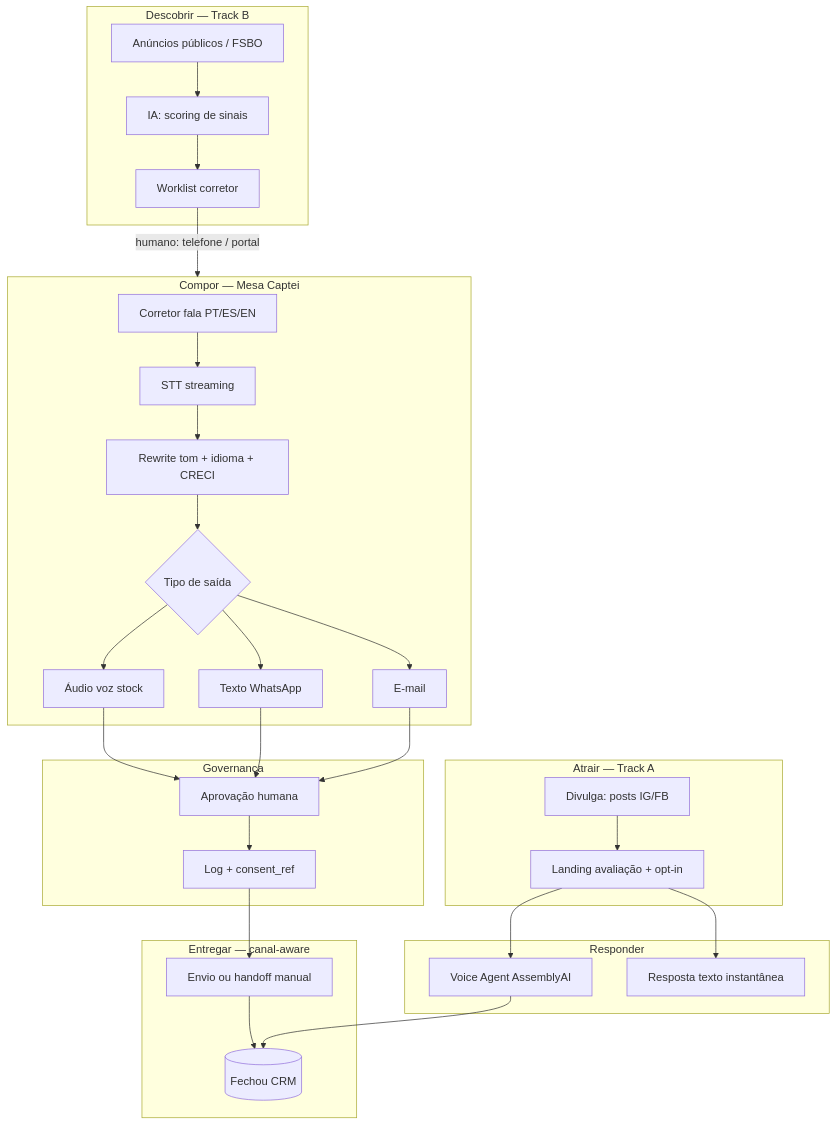
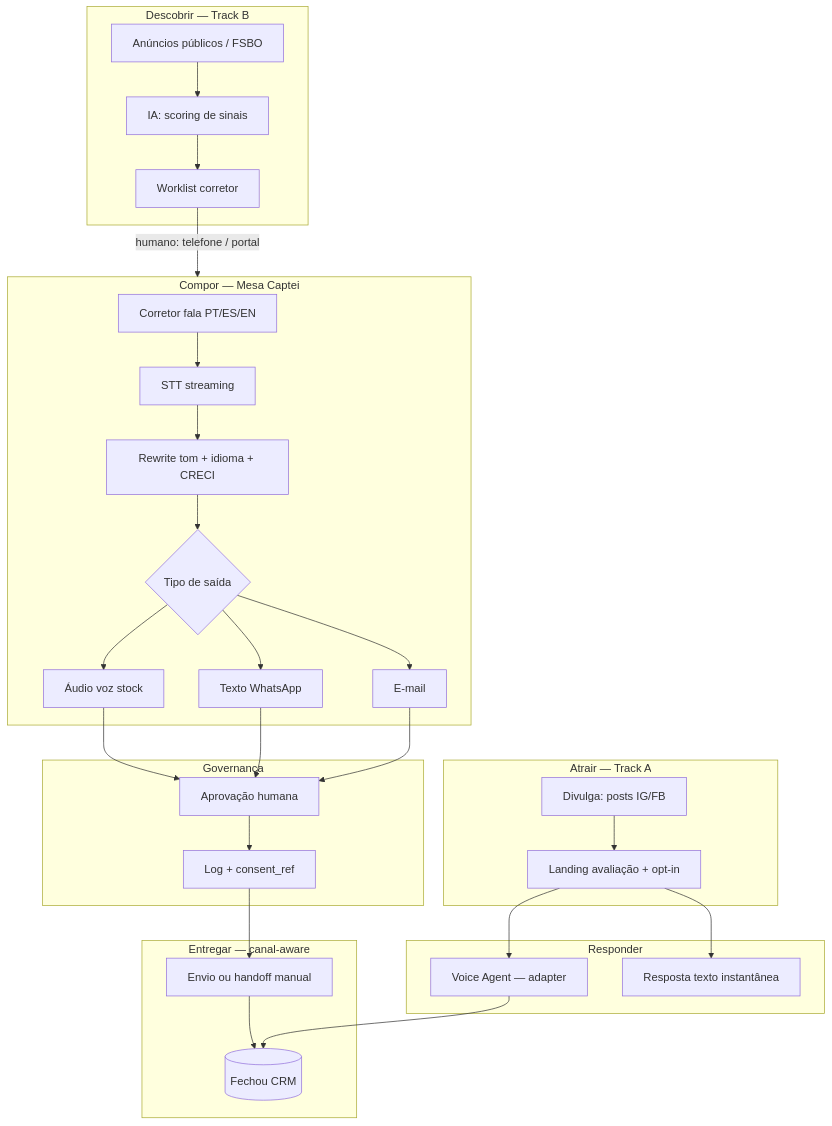
One commit to ezeleis/captei-voz changed the diagram in docs/connect-ia/proposta/arquitetura-omnichannel.md. Above: the diagram before and after it, drawn with Mermaid. The commit also changed other lines of this file and 4 other files, not shown here.

````diff
--- a/docs/connect-ia/proposta/arquitetura-omnichannel.md
+++ b/docs/connect-ia/proposta/arquitetura-omnichannel.md
@@ -9,51 +9,51 @@
 ```mermaid
 flowchart TB
   subgraph discover [Descobrir — Track B]
     PORTAL[Anúncios públicos / FSBO]
     SCORE[IA: scoring de sinais]
     WL[Worklist corretor]
     PORTAL --> SCORE --> WL
   end
 
   subgraph attract [Atrair — Track A]
     DIV[Divulga: posts IG/FB]
     LP[Landing avaliação + opt-in]
     DIV --> LP
   end
 
   subgraph respond [Responder]
-    VA[Voice Agent AssemblyAI]
+    VA[Voice Agent — adapter]
     TXT[Resposta texto instantânea]
     LP --> VA
     LP --> TXT
   end
 
   subgraph compose [Compor — Mesa Captei]
     MIC[Corretor fala PT/ES/EN]
     STT[STT streaming]
     LLM[Rewrite tom + idioma + CRECI]
     OUT{Tipo de saída}
     MIC --> STT --> LLM --> OUT
     OUT --> WA[Texto WhatsApp]
     OUT --> EM[E-mail]
     OUT --> VN[Áudio voz stock]
   end
 
   subgraph gate [Governança]
     APP[Aprovação humana]
     LOG[Log + consent_ref]
     APP --> LOG
   end
 
   subgraph deliver [Entregar — canal-aware]
     SEND[Envio ou handoff manual]
     CRM[(Fechou CRM)]
     LOG --> SEND --> CRM
   end
 
   WL -->|humano: telefone / portal| compose
   VA --> CRM
   VN --> APP
   WA --> APP
   EM --> APP
 ```
````
